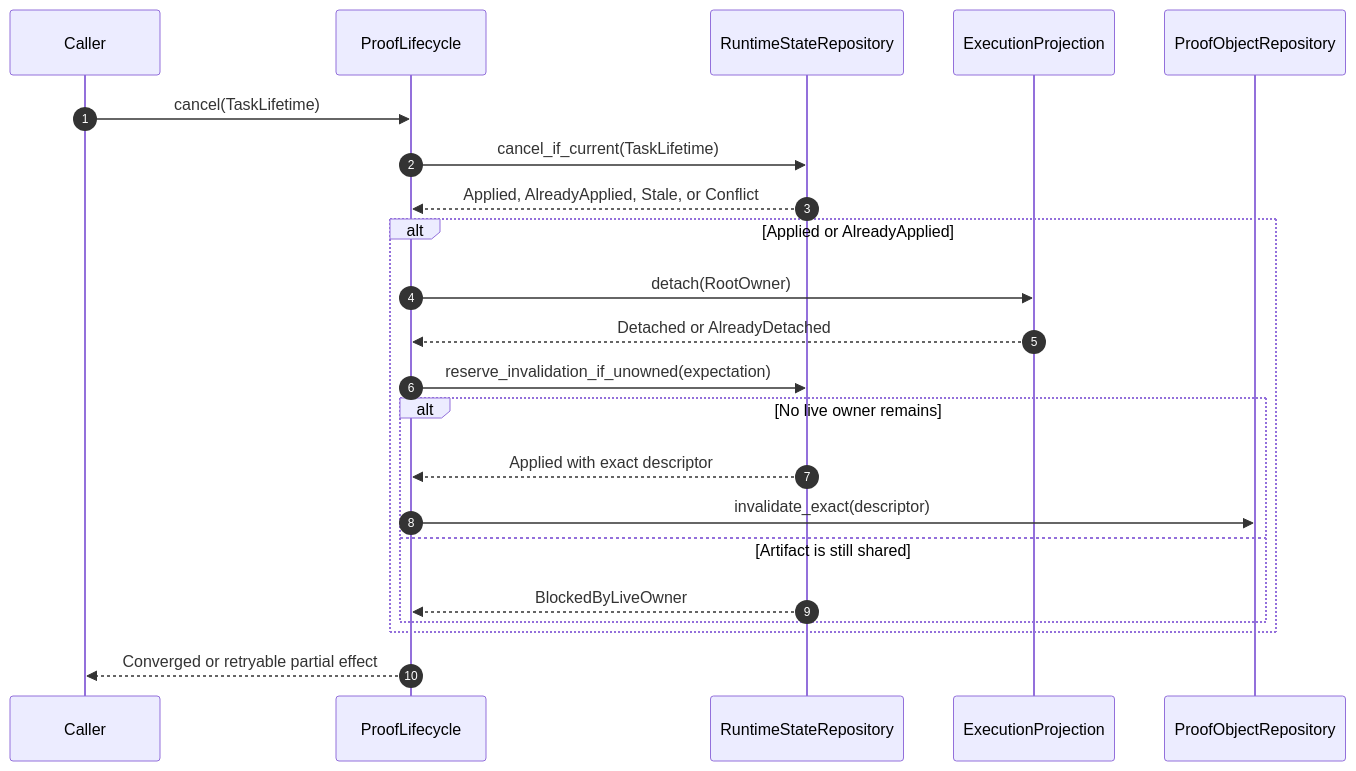
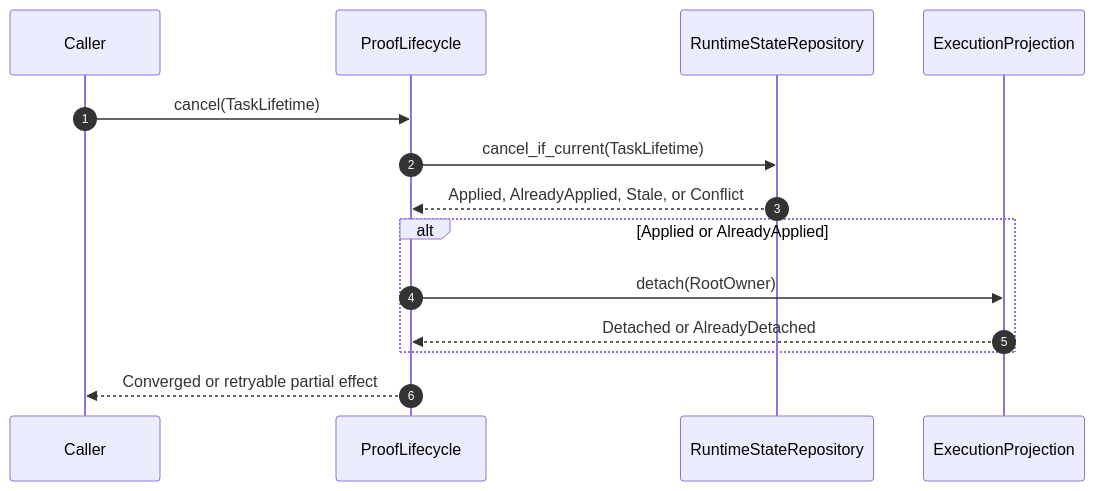
One commit to taikoxyz/raiko2 changed the tenth of 15 diagrams in docs/architecture.md. Above: the diagram before and after it, drawn with Mermaid. The commit also changed other lines of this file and 25 other files, not shown here.

Commit message:
feat(runtime): make artifact lifecycle tombstone-free

````diff
--- a/docs/architecture.md
+++ b/docs/architecture.md
@@ -521,25 +520,17 @@
 ```mermaid
 sequenceDiagram
   autonumber
   participant Caller
   participant Lifecycle as ProofLifecycle
   participant State as RuntimeStateRepository
   participant Queue as ExecutionProjection
-  participant Objects as ProofObjectRepository
 
   Caller->>Lifecycle: cancel(TaskLifetime)
   Lifecycle->>State: cancel_if_current(TaskLifetime)
   State-->>Lifecycle: Applied, AlreadyApplied, Stale, or Conflict
   alt Applied or AlreadyApplied
     Lifecycle->>Queue: detach(RootOwner)
     Queue-->>Lifecycle: Detached or AlreadyDetached
-    Lifecycle->>State: reserve_invalidation_if_unowned(expectation)
-    alt No live owner remains
-      State-->>Lifecycle: Applied with exact descriptor
-      Lifecycle->>Objects: invalidate_exact(descriptor)
-    else Artifact is still shared
-      State-->>Lifecycle: BlockedByLiveOwner
-    end
   end
   Lifecycle-->>Caller: Converged or retryable partial effect
 ```
````
